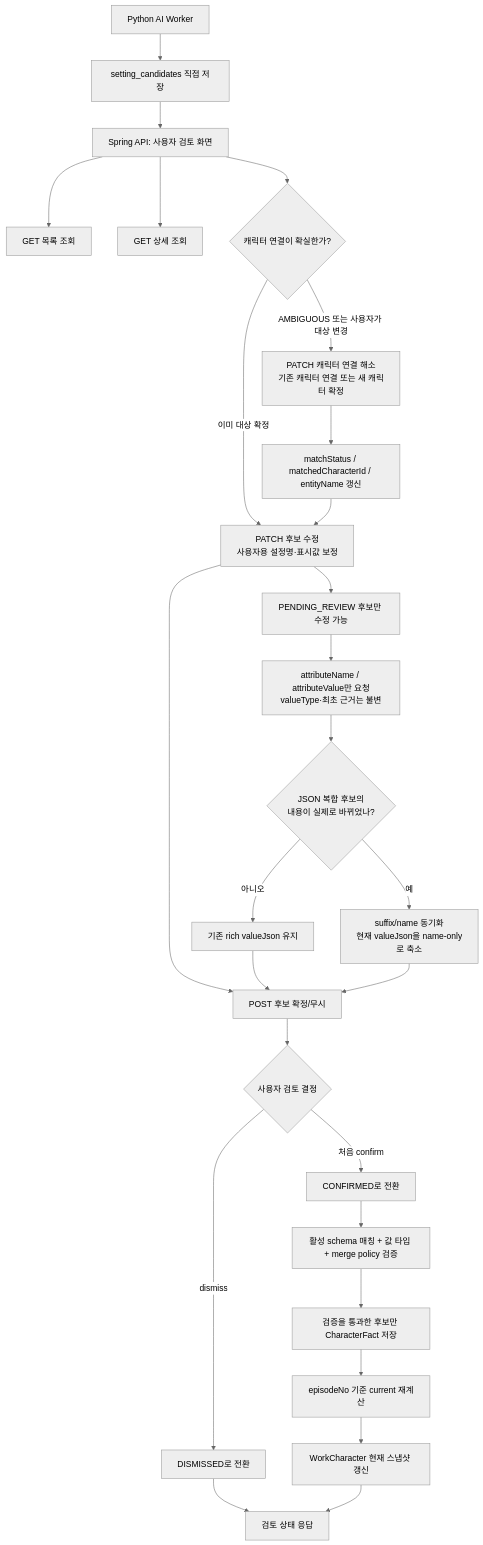
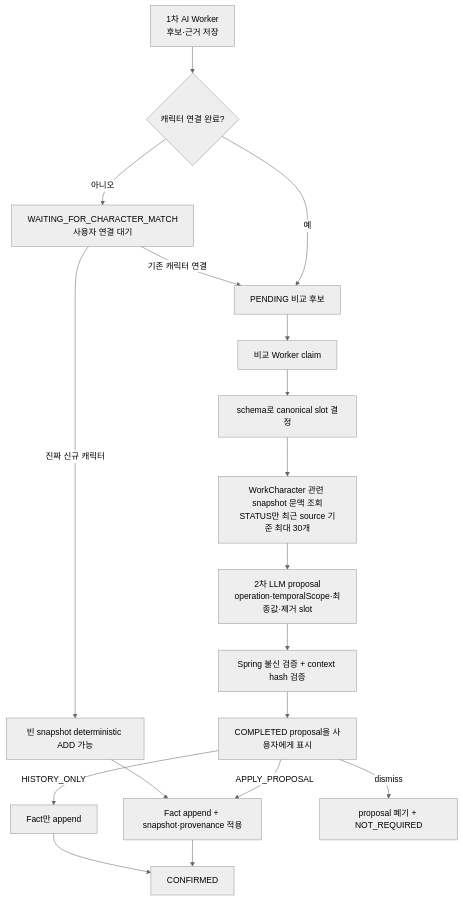
The second of 8 diagrams in docs/character.md (catchhole-soma/catchhole-backend-java), drawn with Mermaid (neutral theme) before and after one commit. The commit also changed other lines of this file and 6 other files, not shown here.

First line of the commit message:
docs(character): Fact 비교 운영 흐름을 문서화

````diff
--- a/docs/character.md
+++ b/docs/character.md
@@ -721,31 +757,20 @@
 ```mermaid
 flowchart TD
-    A["Python AI Worker"] --> B["setting_candidates 직접 저장"]
-    B --> C["Spring API: 사용자 검토 화면"]
-
-    C --> D["GET 목록 조회"]
-    C --> E["GET 상세 조회"]
-    C --> M{"캐릭터 연결이 확실한가?"}
-    M -->|"AMBIGUOUS 또는 사용자가 대상 변경"| N["PATCH 캐릭터 연결 해소<br/>기존 캐릭터 연결 또는 새 캐릭터 확정"]
-    M -->|"이미 대상 확정"| F["PATCH 후보 수정<br/>사용자용 설정명·표시값 보정"]
-    N --> O["matchStatus / matchedCharacterId / entityName 갱신"]
-    O --> F
-    F --> G["POST 후보 확정/무시"]
-
-    F --> H["PENDING_REVIEW 후보만 수정 가능"]
-    H --> P["attributeName / attributeValue만 요청<br/>valueType·최초 근거는 불변"]
-    P --> Q{"JSON 복합 후보의<br/>내용이 실제로 바뀌었나?"}
-    Q -->|"아니오"| Q1["기존 rich valueJson 유지"]
-    Q -->|"예"| Q2["suffix/name 동기화<br/>현재 valueJson을 name-only로 축소"]
-    Q1 --> G
-    Q2 --> G
-    G --> I{"사용자 검토 결정"}
-    I -->|"처음 confirm"| I1["CONFIRMED로 전환"]
-    I -->|"dismiss"| I2["DISMISSED로 전환"]
-    I1 --> V["활성 schema 매칭 + 값 타입 + merge policy 검증"]
-    V --> J["검증을 통과한 후보만 CharacterFact 저장"]
-    J --> K["episodeNo 기준 current 재계산"]
-    K --> L["WorkCharacter 현재 스냅샷 갱신"]
-    I2 --> R["검토 상태 응답"]
-    L --> R
+    A["1차 AI Worker<br/>후보·근거 저장"] --> B{"캐릭터 연결 완료?"}
+    B -->|"아니오"| C["WAITING_FOR_CHARACTER_MATCH<br/>사용자 연결 대기"]
+    B -->|"예"| D["PENDING 비교 후보"]
+    C -->|"기존 캐릭터 연결"| D
+    C -->|"진짜 신규 캐릭터"| E["빈 snapshot deterministic ADD 가능"]
+    D --> F["비교 Worker claim"]
+    F --> G["schema로 canonical slot 결정"]
+    G --> H["WorkCharacter 관련 snapshot 문맥 조회<br/>STATUS만 최근 source 기준 최대 30개"]
+    H --> I["2차 LLM proposal<br/>operation·temporalScope·최종값·제거 slot"]
+    I --> J["Spring 불신 검증 + context hash 검증"]
+    J --> K["COMPLETED proposal을 사용자에게 표시"]
+    K -->|"APPLY_PROPOSAL"| L["Fact append + snapshot·provenance 적용"]
+    K -->|"HISTORY_ONLY"| M["Fact만 append"]
+    K -->|"dismiss"| N["proposal 폐기 + NOT_REQUIRED"]
+    E --> L
+    L --> O["CONFIRMED"]
+    M --> O
 ```
````
